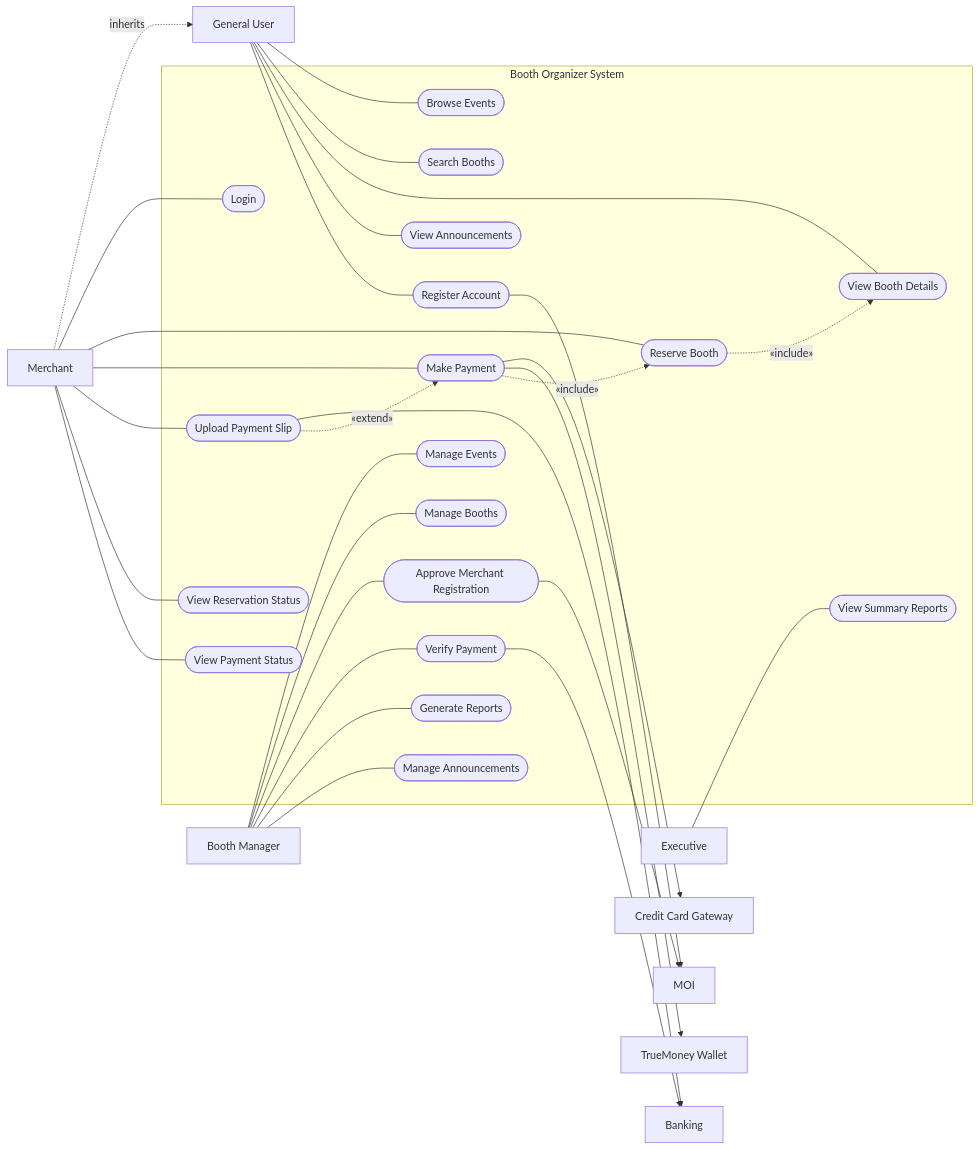
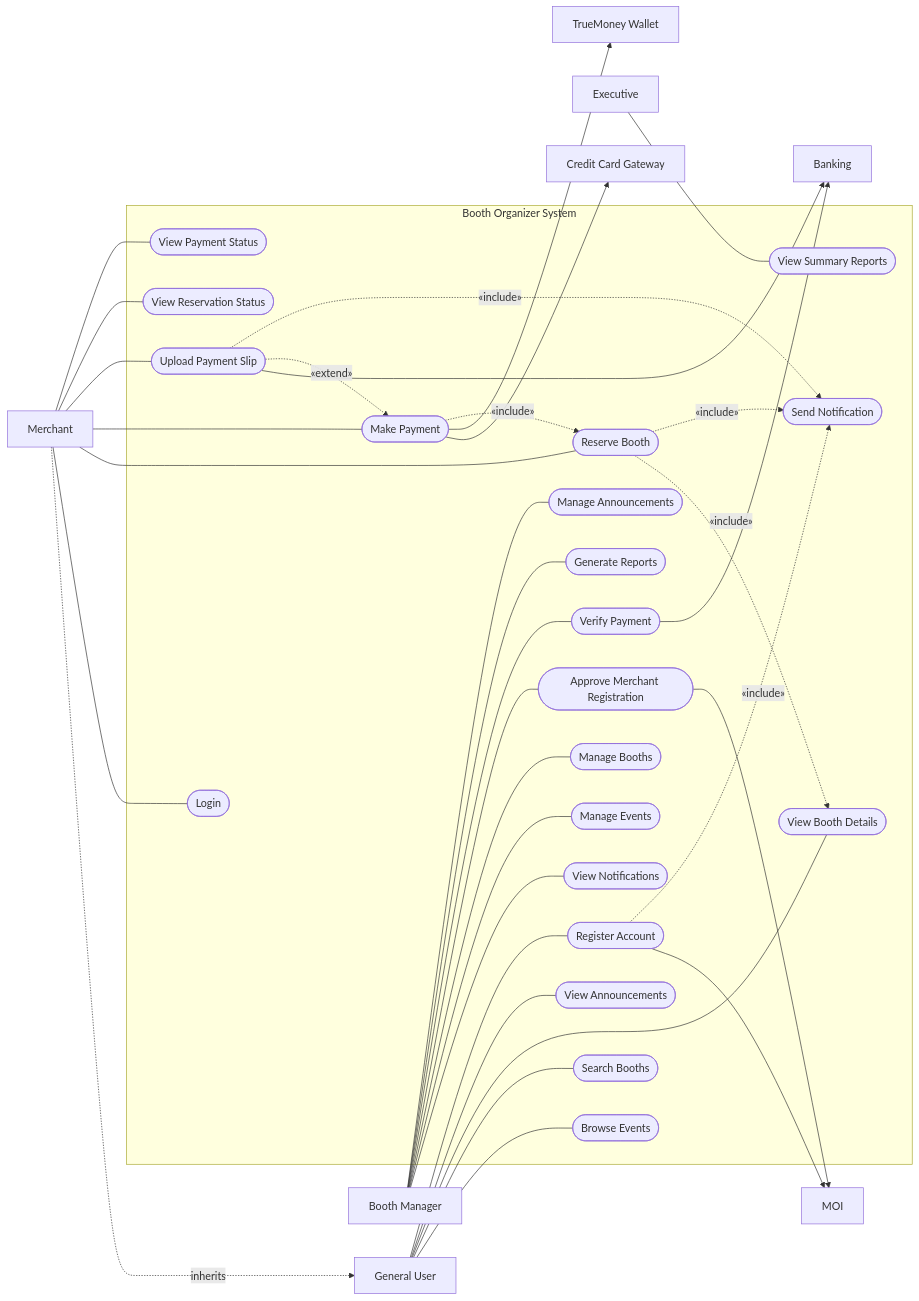
Before and after one commit to kkaovsp/2025-ITCS383-Aaaaaaa: the first of 4 diagrams in designs/Aaaaaaa_D1_Design.md, drawn with Mermaid. The commit also changed other lines of this file, not shown here.

Commit message:
Revise use case diagram and add notification actions
Updated use case diagram to include JPEG and added notification actions.

````diff
--- a/designs/Aaaaaaa_D1_Design.md
+++ b/designs/Aaaaaaa_D1_Design.md
@@ -53,7 +53,11 @@
     UC10([View Reservation Status])
     UC11([View Payment Status])
 
+    %% System Level Actions
+    UC19([Send Notification])
+    
     %% Booth Manager & Executive Core
+    UC20([View Notifications])
     UC12([Manage Events])
     UC13([Manage Booths])
     UC14([Approve Merchant Registration])
@@ -83,6 +87,7 @@
 M --- UC10
 M --- UC11
 
+BM --- UC20
 BM --- UC12
 BM --- UC13
 BM --- UC14
@@ -108,4 +113,9 @@
 UC7 -.->|"«include»"| UC3
 UC8 -.->|"«include»"| UC7
 UC9 -.->|"«extend»"| UC8
+
+%% Notification Includes
+UC5 -.->|"«include»"| UC19
+UC7 -.->|"«include»"| UC19
+UC9 -.->|"«include»"| UC19
 ```
````
